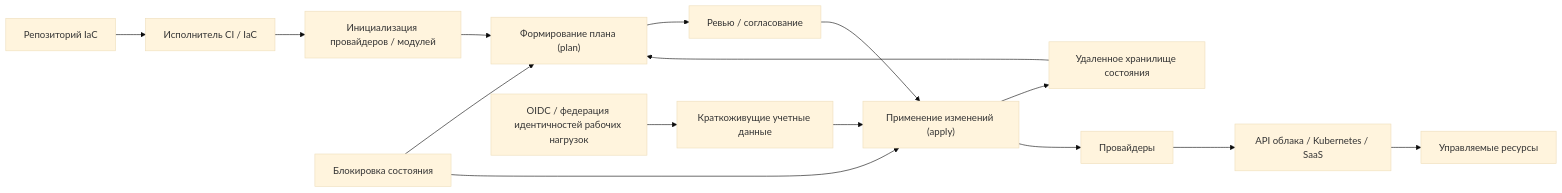
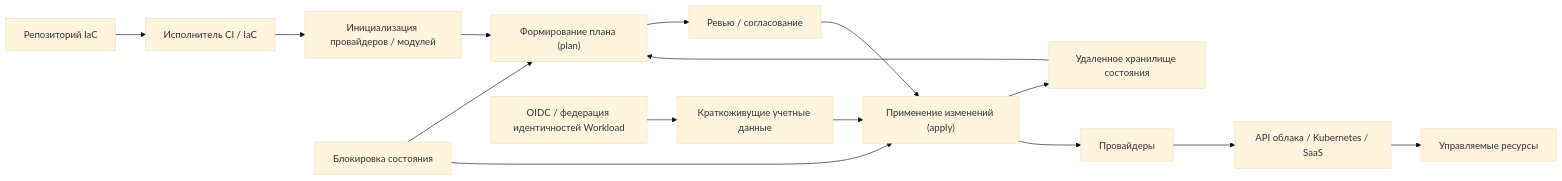
Before and after one commit to defrixx/defrixx.github.io: diagram 14 of 17 in reference/infrastructure-technologies/infrastructure-technologies.ru.md, drawn with Mermaid (base theme). The commit also changed other lines of this file and 201 other files, not shown here.

````diff
--- a/reference/infrastructure-technologies/infrastructure-technologies.ru.md
+++ b/reference/infrastructure-technologies/infrastructure-technologies.ru.md
@@ -1067,19 +1069,19 @@
 ```mermaid
 flowchart LR
   Repo["Репозиторий IaC"] --> CI["Исполнитель CI / IaC"]
   CI --> Init["Инициализация провайдеров / модулей"]
   Init --> Plan["Формирование плана (plan)"]
   Plan --> Approval["Ревью / согласование"]
   Approval --> Apply["Применение изменений (apply)"]
 
   State["Удаленное хранилище состояния"] --> Plan
   Apply --> State
   Lock["Блокировка состояния"] --> Plan
   Lock --> Apply
 
-  OIDC["OIDC / федерация идентичностей рабочих нагрузок"] --> Creds["Краткоживущие учетные данные"]
+  OIDC["OIDC / федерация идентичностей Workload"] --> Creds["Краткоживущие учетные данные"]
   Creds --> Apply
   Apply --> Providers["Провайдеры"]
   Providers --> Cloud["API облака / Kubernetes / SaaS"]
   Cloud --> Resources["Управляемые ресурсы"]
 ```
````
